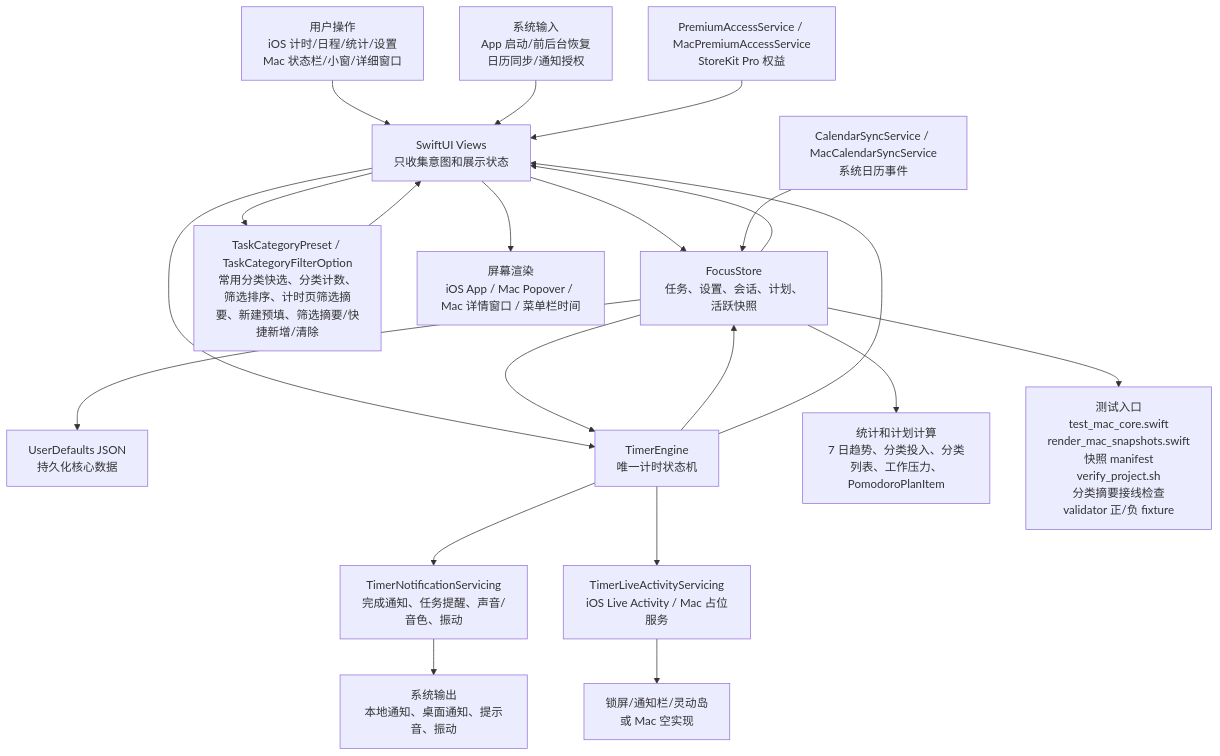
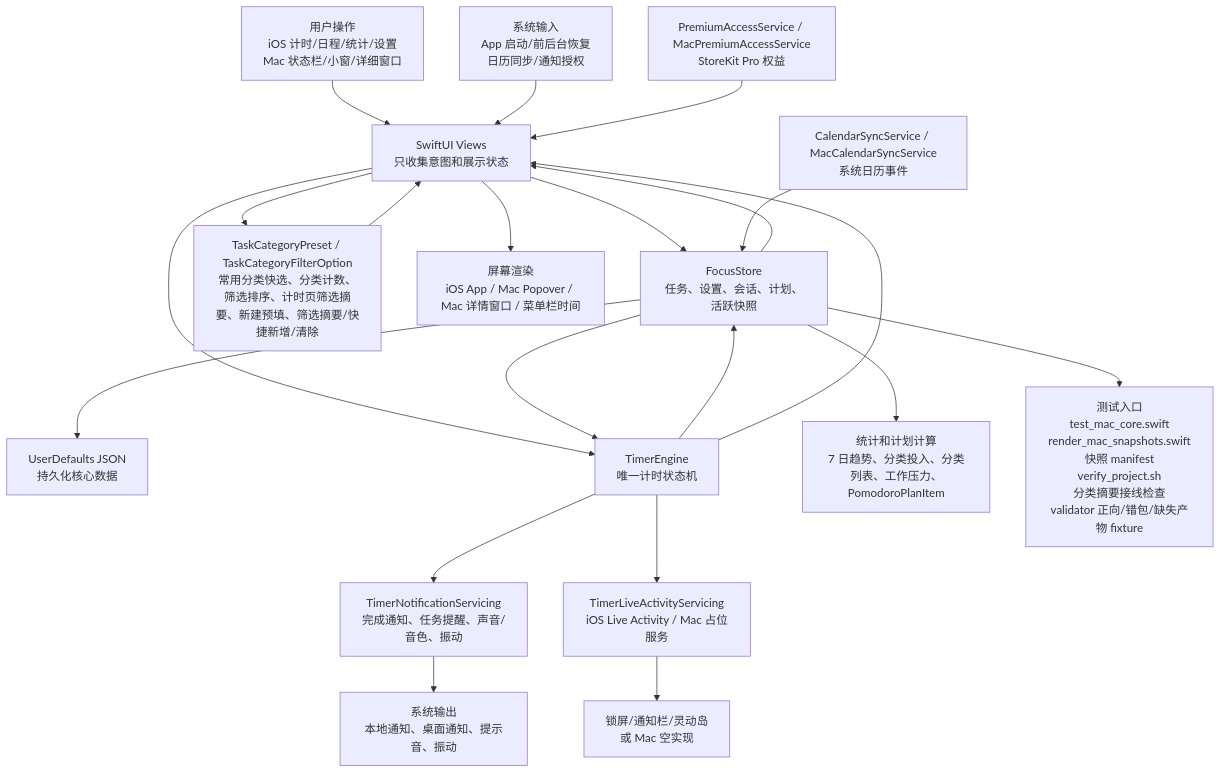
The first of 6 diagrams in md/flow/flowchart.md (Altman-sam114/114), drawn with Mermaid before and after one commit. The commit also changed 6 other files, not shown here.

````diff
--- a/md/flow/flowchart.md
+++ b/md/flow/flowchart.md
@@ -9,23 +9,23 @@
 ```mermaid
 flowchart TD
   U["用户操作<br/>iOS 计时/日程/统计/设置<br/>Mac 状态栏/小窗/详细窗口"] --> V["SwiftUI Views<br/>只收集意图和展示状态"]
   SYS["系统输入<br/>App 启动/前后台恢复<br/>日历同步/通知授权"] --> V
   V --> S["FocusStore<br/>任务、设置、会话、计划、活跃快照"]
   V --> CAT["TaskCategoryPreset / TaskCategoryFilterOption<br/>常用分类快选、分类计数、筛选排序、计时页筛选摘要、新建预填、筛选摘要/快捷新增/清除"]
   CAT --> V
   S --> P["UserDefaults JSON<br/>持久化核心数据"]
   V --> E["TimerEngine<br/>唯一计时状态机"]
   S --> E
   E --> S
   E --> N["TimerNotificationServicing<br/>完成通知、任务提醒、声音/音色、振动"]
   E --> L["TimerLiveActivityServicing<br/>iOS Live Activity / Mac 占位服务"]
   S --> C["统计和计划计算<br/>7 日趋势、分类投入、分类列表、工作压力、PomodoroPlanItem"]
   CAL["CalendarSyncService / MacCalendarSyncService<br/>系统日历事件"] --> S
   PRO["PremiumAccessService / MacPremiumAccessService<br/>StoreKit Pro 权益"] --> V
   S --> V
   E --> V
   V --> OUT["屏幕渲染<br/>iOS App / Mac Popover / Mac 详情窗口 / 菜单栏时间"]
   N --> OUT2["系统输出<br/>本地通知、桌面通知、提示音、振动"]
   L --> OUT3["锁屏/通知栏/灵动岛<br/>或 Mac 空实现"]
-  S --> T["测试入口<br/>test_mac_core.swift<br/>render_mac_snapshots.swift<br/>快照 manifest<br/>verify_project.sh<br/>分类摘要接线检查<br/>validator 正/负 fixture"]
+  S --> T["测试入口<br/>test_mac_core.swift<br/>render_mac_snapshots.swift<br/>快照 manifest<br/>verify_project.sh<br/>分类摘要接线检查<br/>validator 正向/错包/缺失产物 fixture"]
 ```
````
